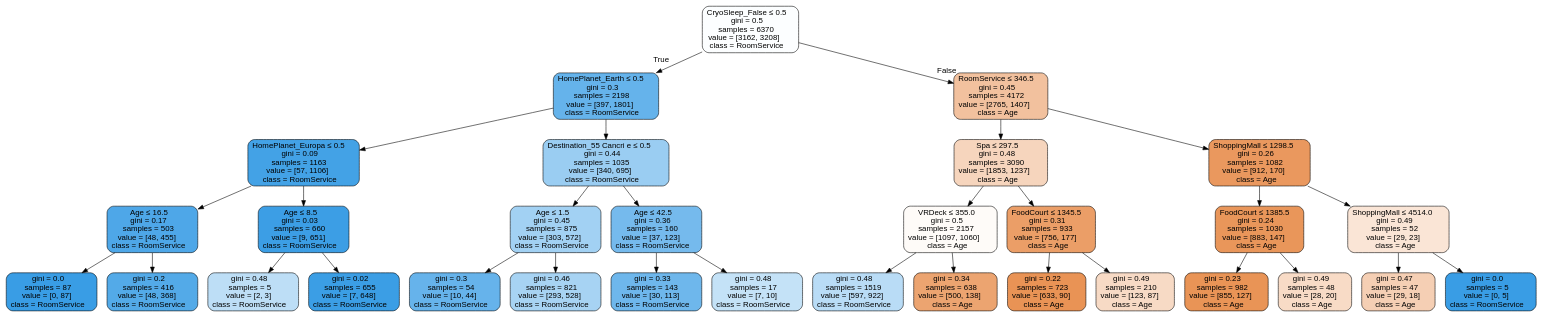
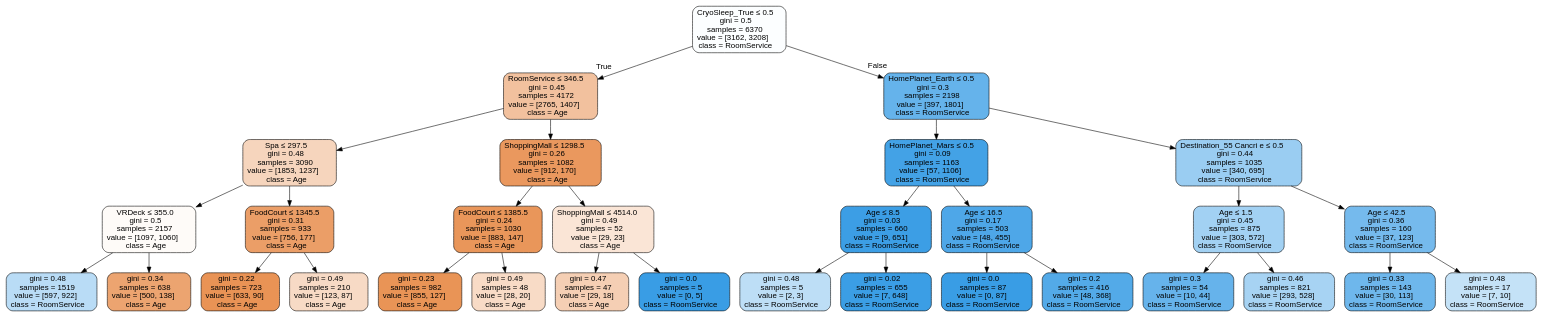
Before and after one commit to Un2duck/KDT_DYH: the diagram in 07.Machine_Learning/Project/space_tree.dot, drawn with Graphviz. The commit also changed 31 other files, not shown here.

```diff
--- a/07.Machine_Learning/Project/space_tree.dot
+++ b/07.Machine_Learning/Project/space_tree.dot
@@ -1,65 +1,65 @@
 digraph Tree {
 node [shape=box, style="filled, rounded", color="black", fontname="helvetica"] ;
 edge [fontname="helvetica"] ;
-0 [label=<CryoSleep_False &le; 0.5<br/>gini = 0.5<br/>samples = 6370<br/>value = [3162, 3208]<br/>class = RoomService>, fillcolor="#fcfeff"] ;
-1 [label=<HomePlanet_Earth &le; 0.5<br/>gini = 0.3<br/>samples = 2198<br/>value = [397, 1801]<br/>class = RoomService>, fillcolor="#65b3eb"] ;
+0 [label=<CryoSleep_True &le; 0.5<br/>gini = 0.5<br/>samples = 6370<br/>value = [3162, 3208]<br/>class = RoomService>, fillcolor="#fcfeff"] ;
+1 [label=<RoomService &le; 346.5<br/>gini = 0.45<br/>samples = 4172<br/>value = [2765, 1407]<br/>class = Age>, fillcolor="#f2c19e"] ;
 0 -> 1 [labeldistance=2.5, labelangle=45, headlabel="True"] ;
-2 [label=<HomePlanet_Europa &le; 0.5<br/>gini = 0.09<br/>samples = 1163<br/>value = [57, 1106]<br/>class = RoomService>, fillcolor="#43a2e6"] ;
+2 [label=<Spa &le; 297.5<br/>gini = 0.48<br/>samples = 3090<br/>value = [1853, 1237]<br/>class = Age>, fillcolor="#f6d5bd"] ;
 1 -> 2 ;
-3 [label=<Age &le; 16.5<br/>gini = 0.17<br/>samples = 503<br/>value = [48, 455]<br/>class = RoomService>, fillcolor="#4ea7e8"] ;
+3 [label=<VRDeck &le; 355.0<br/>gini = 0.5<br/>samples = 2157<br/>value = [1097, 1060]<br/>class = Age>, fillcolor="#fefbf8"] ;
 2 -> 3 ;
-4 [label=<gini = 0.0<br/>samples = 87<br/>value = [0, 87]<br/>class = RoomService>, fillcolor="#399de5"] ;
+4 [label=<gini = 0.48<br/>samples = 1519<br/>value = [597, 922]<br/>class = RoomService>, fillcolor="#b9dcf6"] ;
 3 -> 4 ;
-5 [label=<gini = 0.2<br/>samples = 416<br/>value = [48, 368]<br/>class = RoomService>, fillcolor="#53aae8"] ;
+5 [label=<gini = 0.34<br/>samples = 638<br/>value = [500, 138]<br/>class = Age>, fillcolor="#eca470"] ;
 3 -> 5 ;
-6 [label=<Age &le; 8.5<br/>gini = 0.03<br/>samples = 660<br/>value = [9, 651]<br/>class = RoomService>, fillcolor="#3c9ee5"] ;
+6 [label=<FoodCourt &le; 1345.5<br/>gini = 0.31<br/>samples = 933<br/>value = [756, 177]<br/>class = Age>, fillcolor="#eb9e67"] ;
 2 -> 6 ;
-7 [label=<gini = 0.48<br/>samples = 5<br/>value = [2, 3]<br/>class = RoomService>, fillcolor="#bddef6"] ;
+7 [label=<gini = 0.22<br/>samples = 723<br/>value = [633, 90]<br/>class = Age>, fillcolor="#e99355"] ;
 6 -> 7 ;
-8 [label=<gini = 0.02<br/>samples = 655<br/>value = [7, 648]<br/>class = RoomService>, fillcolor="#3b9ee5"] ;
+8 [label=<gini = 0.49<br/>samples = 210<br/>value = [123, 87]<br/>class = Age>, fillcolor="#f7dac5"] ;
 6 -> 8 ;
-9 [label=<Destination_55 Cancri e &le; 0.5<br/>gini = 0.44<br/>samples = 1035<br/>value = [340, 695]<br/>class = RoomService>, fillcolor="#9acdf2"] ;
+9 [label=<ShoppingMall &le; 1298.5<br/>gini = 0.26<br/>samples = 1082<br/>value = [912, 170]<br/>class = Age>, fillcolor="#ea985e"] ;
 1 -> 9 ;
-10 [label=<Age &le; 1.5<br/>gini = 0.45<br/>samples = 875<br/>value = [303, 572]<br/>class = RoomService>, fillcolor="#a2d1f3"] ;
+10 [label=<FoodCourt &le; 1385.5<br/>gini = 0.24<br/>samples = 1030<br/>value = [883, 147]<br/>class = Age>, fillcolor="#e9965a"] ;
 9 -> 10 ;
-11 [label=<gini = 0.3<br/>samples = 54<br/>value = [10, 44]<br/>class = RoomService>, fillcolor="#66b3eb"] ;
+11 [label=<gini = 0.23<br/>samples = 982<br/>value = [855, 127]<br/>class = Age>, fillcolor="#e99456"] ;
 10 -> 11 ;
-12 [label=<gini = 0.46<br/>samples = 821<br/>value = [293, 528]<br/>class = RoomService>, fillcolor="#a7d3f3"] ;
+12 [label=<gini = 0.49<br/>samples = 48<br/>value = [28, 20]<br/>class = Age>, fillcolor="#f8dbc6"] ;
 10 -> 12 ;
-13 [label=<Age &le; 42.5<br/>gini = 0.36<br/>samples = 160<br/>value = [37, 123]<br/>class = RoomService>, fillcolor="#75baed"] ;
+13 [label=<ShoppingMall &le; 4514.0<br/>gini = 0.49<br/>samples = 52<br/>value = [29, 23]<br/>class = Age>, fillcolor="#fae5d6"] ;
 9 -> 13 ;
-14 [label=<gini = 0.33<br/>samples = 143<br/>value = [30, 113]<br/>class = RoomService>, fillcolor="#6eb7ec"] ;
+14 [label=<gini = 0.47<br/>samples = 47<br/>value = [29, 18]<br/>class = Age>, fillcolor="#f5cfb4"] ;
 13 -> 14 ;
-15 [label=<gini = 0.48<br/>samples = 17<br/>value = [7, 10]<br/>class = RoomService>, fillcolor="#c4e2f7"] ;
+15 [label=<gini = 0.0<br/>samples = 5<br/>value = [0, 5]<br/>class = RoomService>, fillcolor="#399de5"] ;
 13 -> 15 ;
-16 [label=<RoomService &le; 346.5<br/>gini = 0.45<br/>samples = 4172<br/>value = [2765, 1407]<br/>class = Age>, fillcolor="#f2c19e"] ;
+16 [label=<HomePlanet_Earth &le; 0.5<br/>gini = 0.3<br/>samples = 2198<br/>value = [397, 1801]<br/>class = RoomService>, fillcolor="#65b3eb"] ;
 0 -> 16 [labeldistance=2.5, labelangle=-45, headlabel="False"] ;
-17 [label=<Spa &le; 297.5<br/>gini = 0.48<br/>samples = 3090<br/>value = [1853, 1237]<br/>class = Age>, fillcolor="#f6d5bd"] ;
+17 [label=<HomePlanet_Mars &le; 0.5<br/>gini = 0.09<br/>samples = 1163<br/>value = [57, 1106]<br/>class = RoomService>, fillcolor="#43a2e6"] ;
 16 -> 17 ;
-18 [label=<VRDeck &le; 355.0<br/>gini = 0.5<br/>samples = 2157<br/>value = [1097, 1060]<br/>class = Age>, fillcolor="#fefbf8"] ;
+18 [label=<Age &le; 8.5<br/>gini = 0.03<br/>samples = 660<br/>value = [9, 651]<br/>class = RoomService>, fillcolor="#3c9ee5"] ;
 17 -> 18 ;
-19 [label=<gini = 0.48<br/>samples = 1519<br/>value = [597, 922]<br/>class = RoomService>, fillcolor="#b9dcf6"] ;
+19 [label=<gini = 0.48<br/>samples = 5<br/>value = [2, 3]<br/>class = RoomService>, fillcolor="#bddef6"] ;
 18 -> 19 ;
-20 [label=<gini = 0.34<br/>samples = 638<br/>value = [500, 138]<br/>class = Age>, fillcolor="#eca470"] ;
+20 [label=<gini = 0.02<br/>samples = 655<br/>value = [7, 648]<br/>class = RoomService>, fillcolor="#3b9ee5"] ;
 18 -> 20 ;
-21 [label=<FoodCourt &le; 1345.5<br/>gini = 0.31<br/>samples = 933<br/>value = [756, 177]<br/>class = Age>, fillcolor="#eb9e67"] ;
+21 [label=<Age &le; 16.5<br/>gini = 0.17<br/>samples = 503<br/>value = [48, 455]<br/>class = RoomService>, fillcolor="#4ea7e8"] ;
 17 -> 21 ;
-22 [label=<gini = 0.22<br/>samples = 723<br/>value = [633, 90]<br/>class = Age>, fillcolor="#e99355"] ;
+22 [label=<gini = 0.0<br/>samples = 87<br/>value = [0, 87]<br/>class = RoomService>, fillcolor="#399de5"] ;
 21 -> 22 ;
-23 [label=<gini = 0.49<br/>samples = 210<br/>value = [123, 87]<br/>class = Age>, fillcolor="#f7dac5"] ;
+23 [label=<gini = 0.2<br/>samples = 416<br/>value = [48, 368]<br/>class = RoomService>, fillcolor="#53aae8"] ;
 21 -> 23 ;
-24 [label=<ShoppingMall &le; 1298.5<br/>gini = 0.26<br/>samples = 1082<br/>value = [912, 170]<br/>class = Age>, fillcolor="#ea985e"] ;
+24 [label=<Destination_55 Cancri e &le; 0.5<br/>gini = 0.44<br/>samples = 1035<br/>value = [340, 695]<br/>class = RoomService>, fillcolor="#9acdf2"] ;
 16 -> 24 ;
-25 [label=<FoodCourt &le; 1385.5<br/>gini = 0.24<br/>samples = 1030<br/>value = [883, 147]<br/>class = Age>, fillcolor="#e9965a"] ;
+25 [label=<Age &le; 1.5<br/>gini = 0.45<br/>samples = 875<br/>value = [303, 572]<br/>class = RoomService>, fillcolor="#a2d1f3"] ;
 24 -> 25 ;
-26 [label=<gini = 0.23<br/>samples = 982<br/>value = [855, 127]<br/>class = Age>, fillcolor="#e99456"] ;
+26 [label=<gini = 0.3<br/>samples = 54<br/>value = [10, 44]<br/>class = RoomService>, fillcolor="#66b3eb"] ;
 25 -> 26 ;
-27 [label=<gini = 0.49<br/>samples = 48<br/>value = [28, 20]<br/>class = Age>, fillcolor="#f8dbc6"] ;
+27 [label=<gini = 0.46<br/>samples = 821<br/>value = [293, 528]<br/>class = RoomService>, fillcolor="#a7d3f3"] ;
 25 -> 27 ;
-28 [label=<ShoppingMall &le; 4514.0<br/>gini = 0.49<br/>samples = 52<br/>value = [29, 23]<br/>class = Age>, fillcolor="#fae5d6"] ;
+28 [label=<Age &le; 42.5<br/>gini = 0.36<br/>samples = 160<br/>value = [37, 123]<br/>class = RoomService>, fillcolor="#75baed"] ;
 24 -> 28 ;
-29 [label=<gini = 0.47<br/>samples = 47<br/>value = [29, 18]<br/>class = Age>, fillcolor="#f5cfb4"] ;
+29 [label=<gini = 0.33<br/>samples = 143<br/>value = [30, 113]<br/>class = RoomService>, fillcolor="#6eb7ec"] ;
 28 -> 29 ;
-30 [label=<gini = 0.0<br/>samples = 5<br/>value = [0, 5]<br/>class = RoomService>, fillcolor="#399de5"] ;
+30 [label=<gini = 0.48<br/>samples = 17<br/>value = [7, 10]<br/>class = RoomService>, fillcolor="#c4e2f7"] ;
 28 -> 30 ;
 }
```
